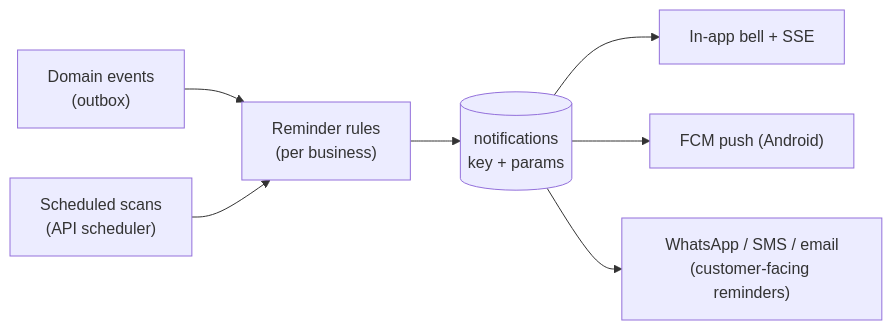
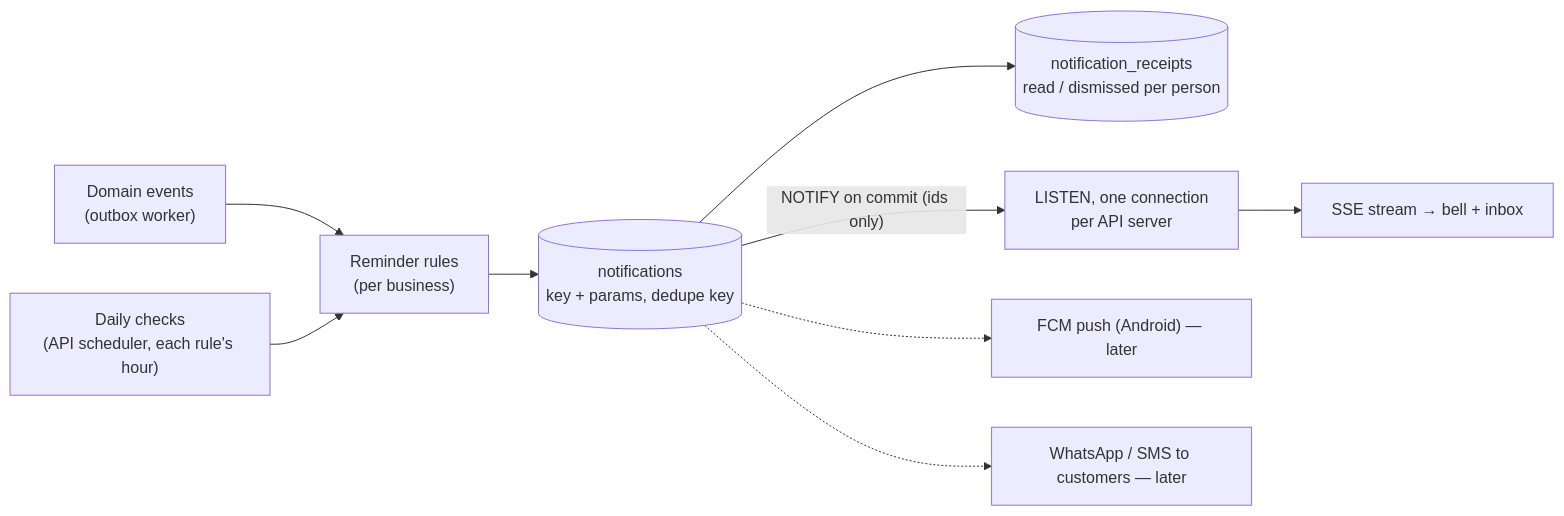
Before and after one commit to shailendrasahug010/BillingSystem: the third of 3 diagrams in docs/01-architecture.md, drawn with Mermaid. The commit also changed other lines of this file and 21 other files, not shown here.

````diff
--- a/docs/01-architecture.md
+++ b/docs/01-architecture.md
@@ -232,9 +232,11 @@
 ```mermaid
 flowchart LR
-  EV["Domain events<br/>(outbox)"] --> RULES["Reminder rules<br/>(per business)"]
-  CRON["Scheduled scans<br/>(API scheduler)"] --> RULES
-  RULES --> N[("notifications<br/>key + params")]
-  N --> INAPP["In-app bell + SSE"]
-  N --> PUSH["FCM push (Android)"]
-  N --> WA["WhatsApp / SMS / email<br/>(customer-facing reminders)"]
+  EV["Domain events<br/>(outbox worker)"] --> RULES["Reminder rules<br/>(per business)"]
+  CRON["Daily checks<br/>(API scheduler, each rule's hour)"] --> RULES
+  RULES --> N[("notifications<br/>key + params, dedupe key")]
+  N --> RCPT[("notification_receipts<br/>read / dismissed per person")]
+  N -- "NOTIFY on commit (ids only)" --> HUB["LISTEN, one connection<br/>per API server"]
+  HUB --> INAPP["SSE stream → bell + inbox"]
+  N -.-> PUSH["FCM push (Android) — later"]
+  N -.-> WA["WhatsApp / SMS to customers — later"]
 ```
````
